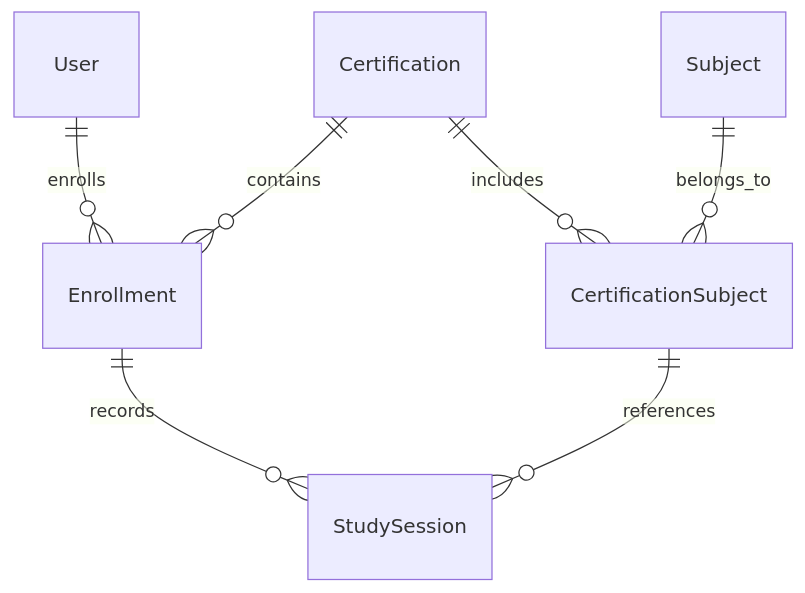
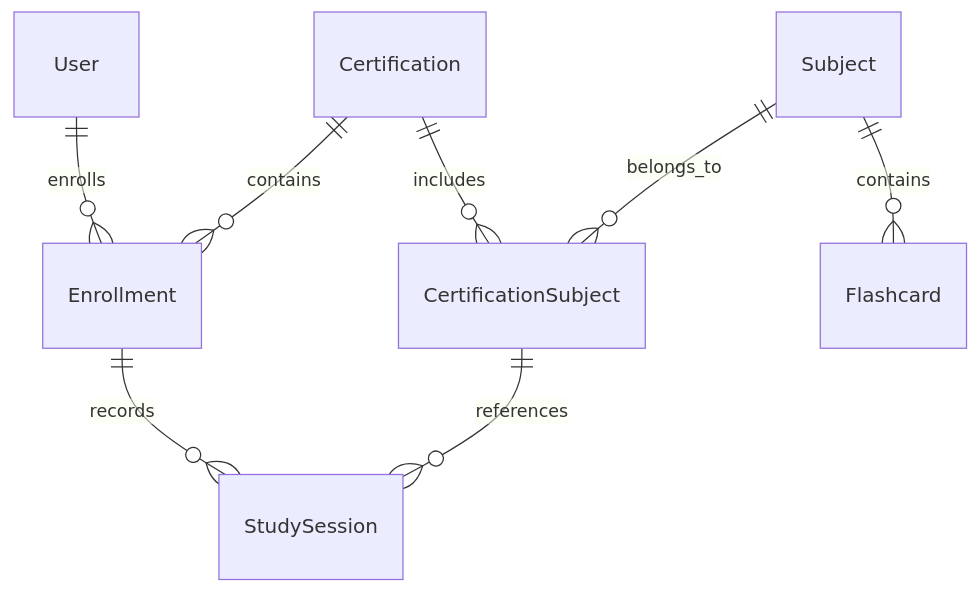
The diagram in docs/architecture.md (DiegoBarth/pilot-path), drawn with Mermaid before and after one commit. The commit also changed other lines of this file and 22 other files, not shown here.

````diff
--- a/docs/architecture.md
+++ b/docs/architecture.md
@@ -161,15 +162,17 @@
 ```mermaid
 erDiagram
 
     User ||--o{ Enrollment : enrolls
 
     Certification ||--o{ Enrollment : contains
 
     Certification ||--o{ CertificationSubject : includes
 
     Subject ||--o{ CertificationSubject : belongs_to
 
+    Subject ||--o{ Flashcard : contains
+
     Enrollment ||--o{ StudySession : records
 
     CertificationSubject ||--o{ StudySession : references
 ```
````
